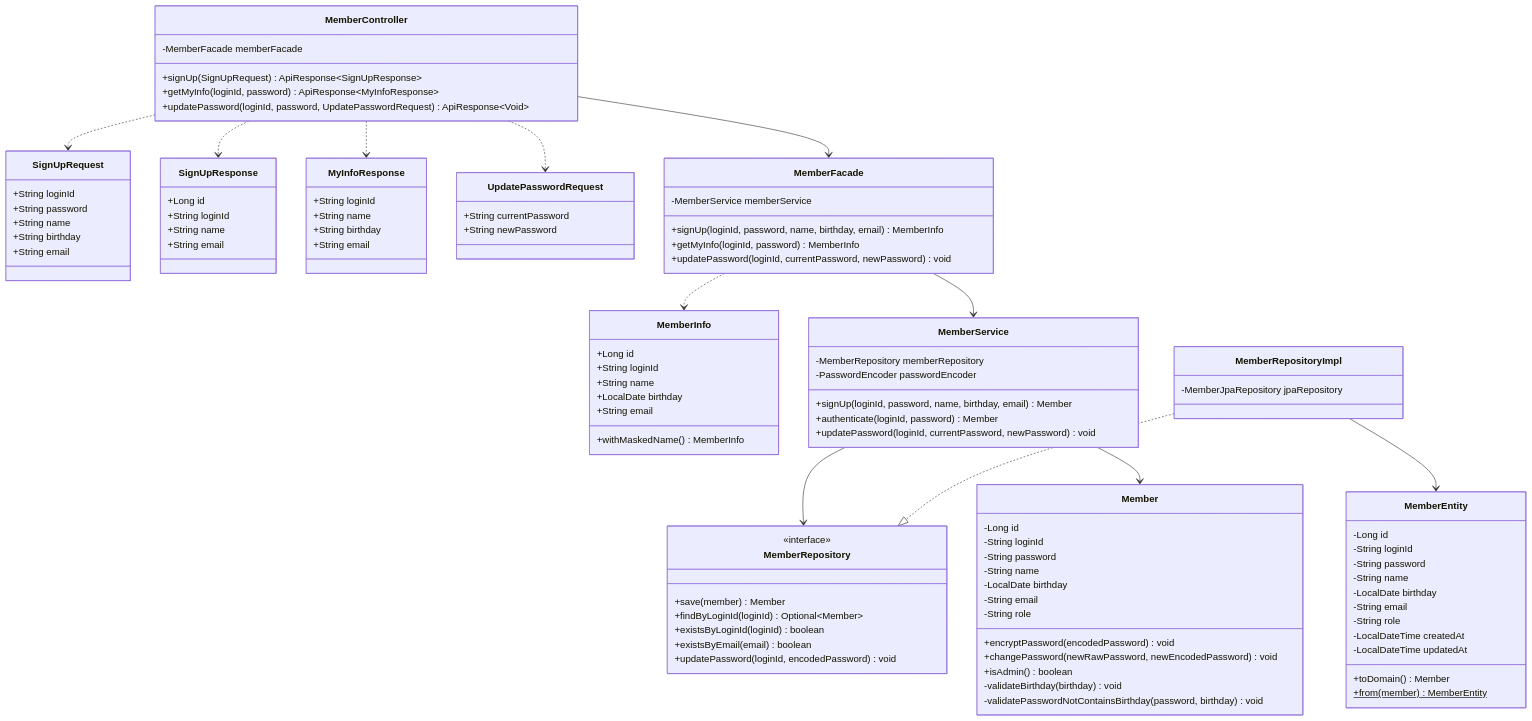
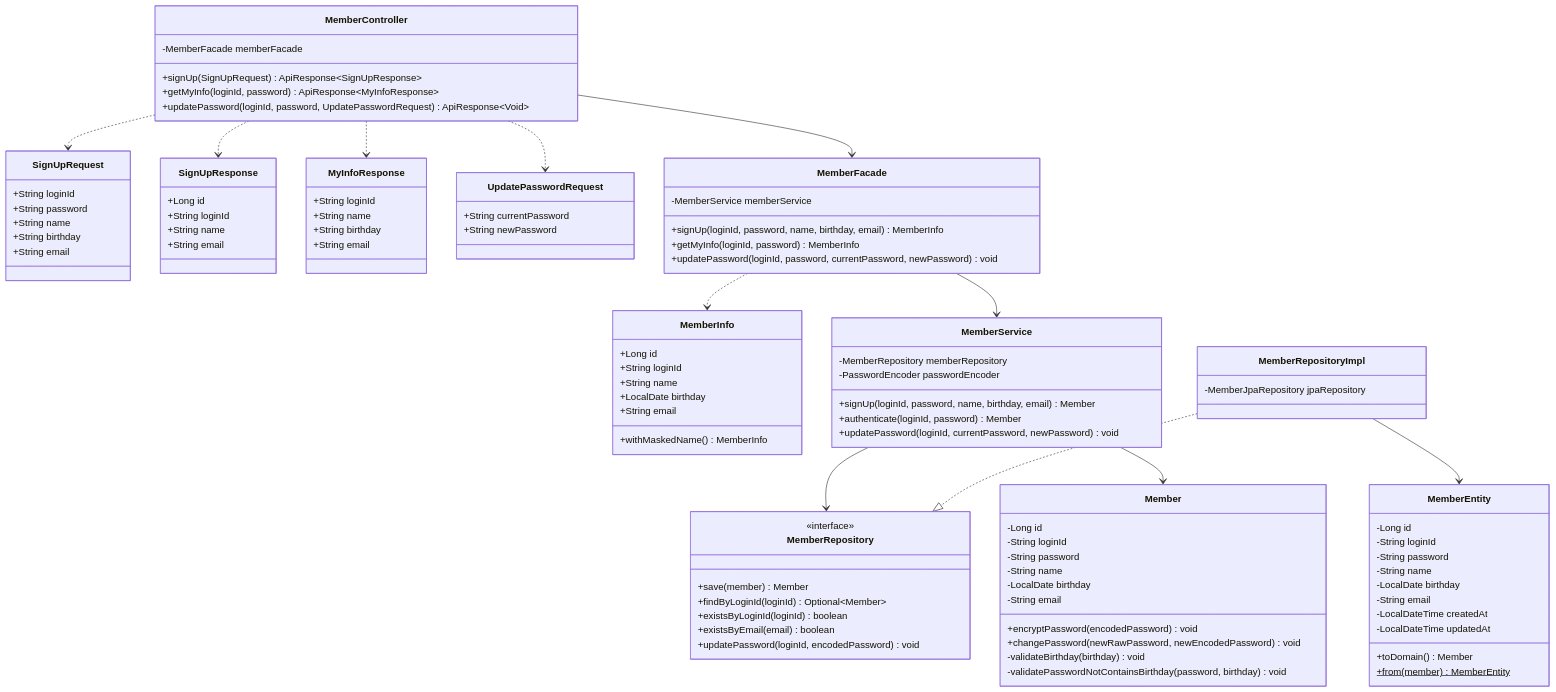
One commit to letter333/loop-pack-be-l2-vol3-java changed the second of 11 diagrams in docs/design/03-class-diagram.md. Above: the diagram before and after it, drawn with Mermaid. The commit also changed other lines of this file and 4 other files, not shown here.

```diff
--- a/docs/design/03-class-diagram.md
+++ b/docs/design/03-class-diagram.md
@@ -76,7 +76,7 @@
         -MemberService memberService
         +signUp(loginId, password, name, birthday, email) MemberInfo
         +getMyInfo(loginId, password) MemberInfo
-        +updatePassword(loginId, currentPassword, newPassword) void
+        +updatePassword(loginId, password, currentPassword, newPassword) void
     }
 
     class MemberInfo {
@@ -96,10 +96,8 @@
         -String name
         -LocalDate birthday
         -String email
-        -String role
         +encryptPassword(encodedPassword) void
         +changePassword(newRawPassword, newEncodedPassword) void
-        +isAdmin() boolean
         -validateBirthday(birthday) void
         -validatePasswordNotContainsBirthday(password, birthday) void
     }
@@ -133,7 +131,6 @@
         -String name
         -LocalDate birthday
         -String email
-        -String role
         -LocalDateTime createdAt
         -LocalDateTime updatedAt
         +toDomain() Member
```
